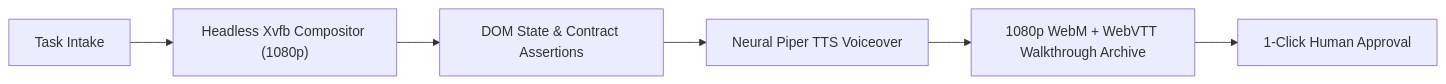
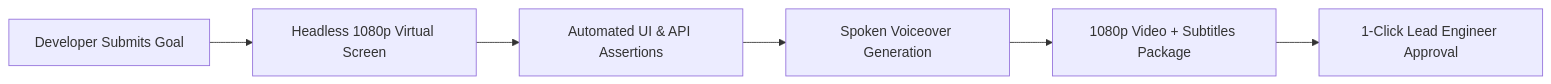
Before and after one commit to nddipiazza/robos: the third of 5 diagrams in docs/index.md, drawn with Mermaid. The commit also changed other lines of this file and 5 other files, not shown here.

````diff
--- a/docs/index.md
+++ b/docs/index.md
@@ -132,8 +132,8 @@
 ```mermaid
 flowchart LR
-    A["Task Intake"] --> B["Headless Xvfb Compositor (1080p)"]
-    B --> C["DOM State & Contract Assertions"]
-    C --> D["Neural Piper TTS Voiceover"]
-    D --> E["1080p WebM + WebVTT Walkthrough Archive"]
-    E --> F["1-Click Human Approval"]
+    A["Developer Submits Goal"] --> B["Headless 1080p Virtual Screen"]
+    B --> C["Automated UI & API Assertions"]
+    C --> D["Spoken Voiceover Generation"]
+    D --> E["1080p Video + Subtitles Package"]
+    E --> F["1-Click Lead Engineer Approval"]
 ```
````
